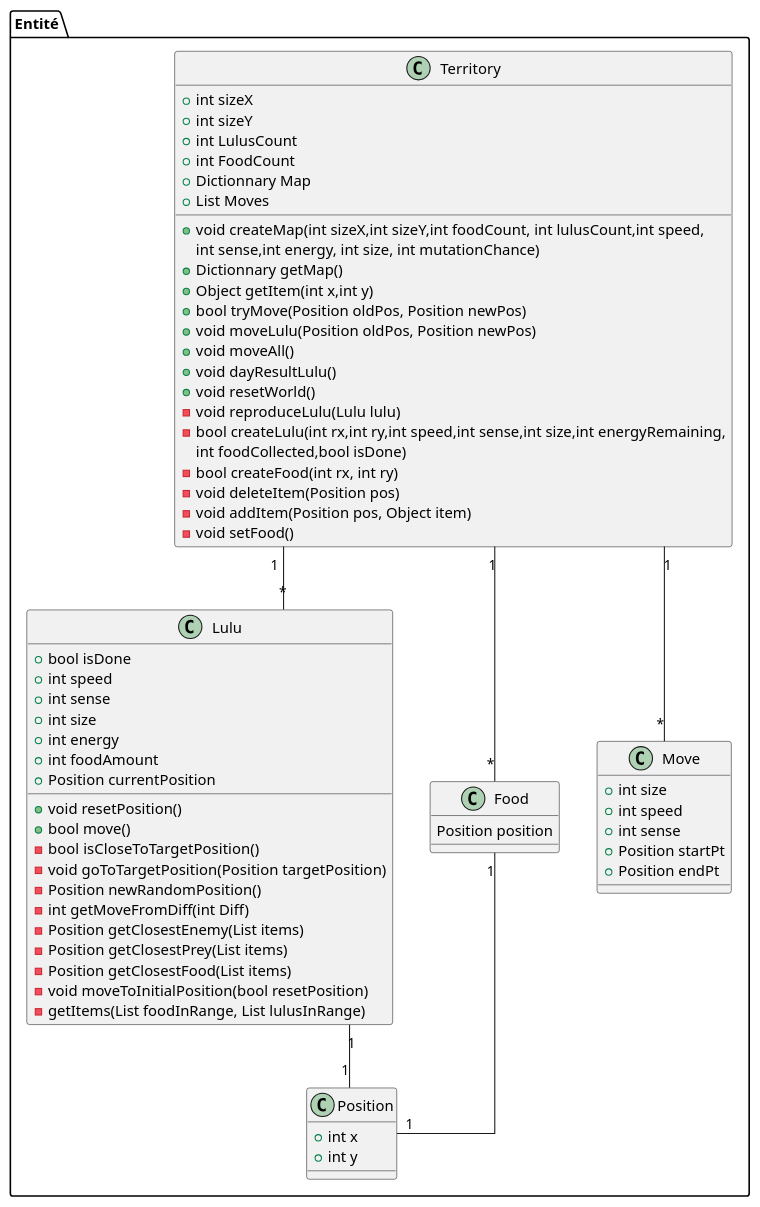
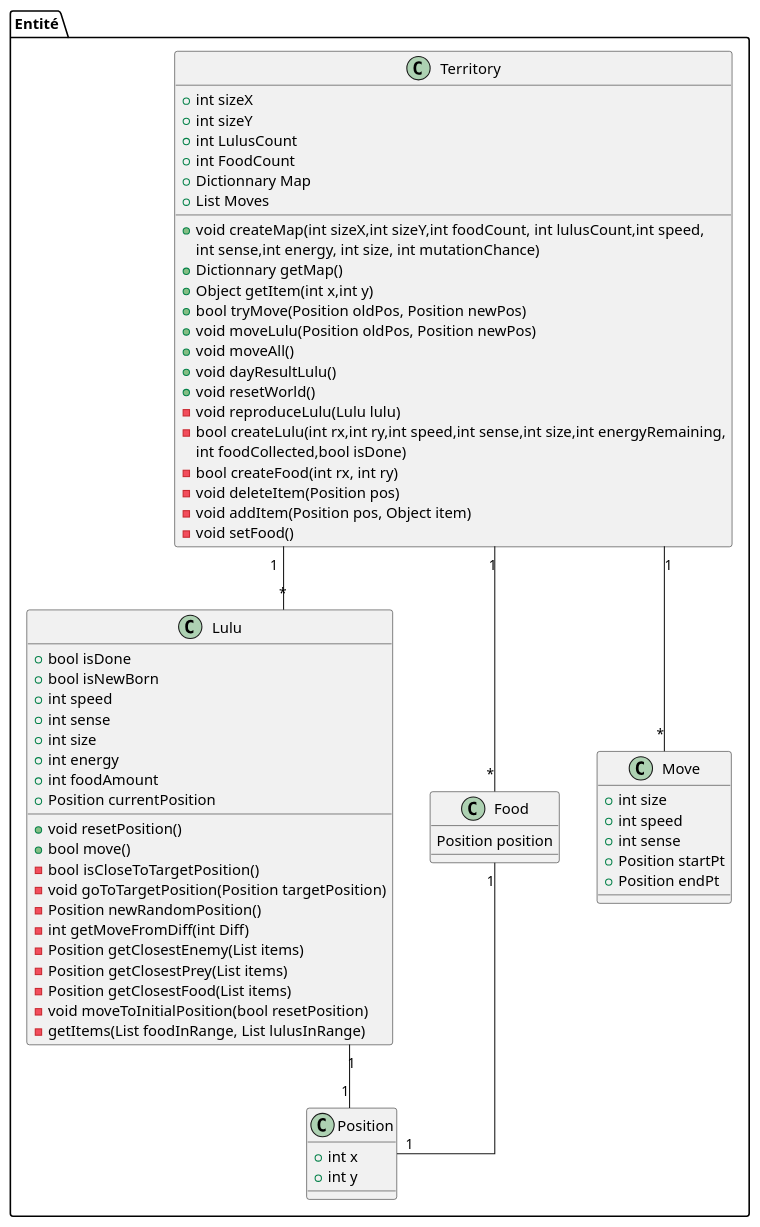
One commit to SamuelGuerin/GrandsProphetes changed the diagram in Documentation/Analyse/details.md. Above: the diagram before and after it, drawn with PlantUML.

Commit message:
ajout propriété lulus dans analyse

````diff
--- a/Documentation/Analyse/details.md
+++ b/Documentation/Analyse/details.md
@@ -3,79 +3,80 @@
 ```plantuml
 @startuml
 top to bottom direction
 skinparam linetype ortho
 package Entité {
     class "Lulu" as lulu {
         + bool isDone
+        + bool isNewBorn
         + int speed
         + int sense
         + int size
         + int energy
         + int foodAmount
         + Position currentPosition
 
         + void resetPosition()
         + bool move()
         - bool isCloseToTargetPosition()
         - void goToTargetPosition(Position targetPosition)
         - Position newRandomPosition()
         - int getMoveFromDiff(int Diff)
         - Position getClosestEnemy(List items)
         - Position getClosestPrey(List items)
         - Position getClosestFood(List items)
         - void moveToInitialPosition(bool resetPosition)
         - getItems(List foodInRange, List lulusInRange)
     }
 
 
     class "Food" as nourriture {
         Position position
     }
 
     class "Territory" as territoire {
         + int sizeX
         + int sizeY
         + int LulusCount
         + int FoodCount
         + Dictionnary Map
         + List Moves
 
         +void createMap(int sizeX,int sizeY,int foodCount, int lulusCount,int speed,
         int sense,int energy, int size, int mutationChance)
         + Dictionnary getMap()
         + Object getItem(int x,int y)
         + bool tryMove(Position oldPos, Position newPos)
         + void moveLulu(Position oldPos, Position newPos)
         + void moveAll()
         + void dayResultLulu()
         +void resetWorld()
         -void reproduceLulu(Lulu lulu)
         -bool createLulu(int rx,int ry,int speed,int sense,int size,int energyRemaining,
         int foodCollected,bool isDone)
         -bool createFood(int rx, int ry)
         -void deleteItem(Position pos)
         -void addItem(Position pos, Object item)
         -void setFood()
     }
     class "Move" as move {
         + int size
         + int speed
         + int sense
         + Position startPt
         + Position endPt
     }
 
     class "Position" as position {
         + int x
         + int y
     }
 }
 
 territoire "1" -- "*" lulu
 territoire "1" -- "*" nourriture
 territoire "1" -- "*" move
 
 lulu "1" -- "1" position
 nourriture "1" -- "1" position
 
 ```
````
